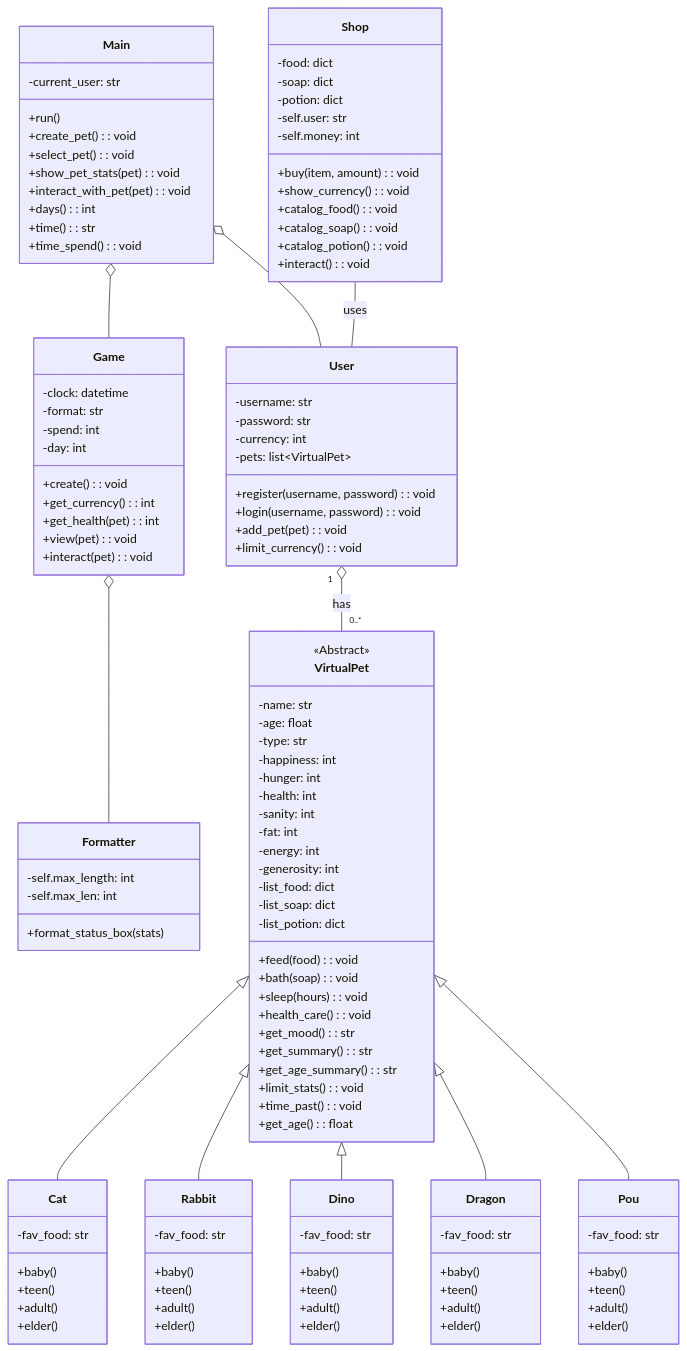
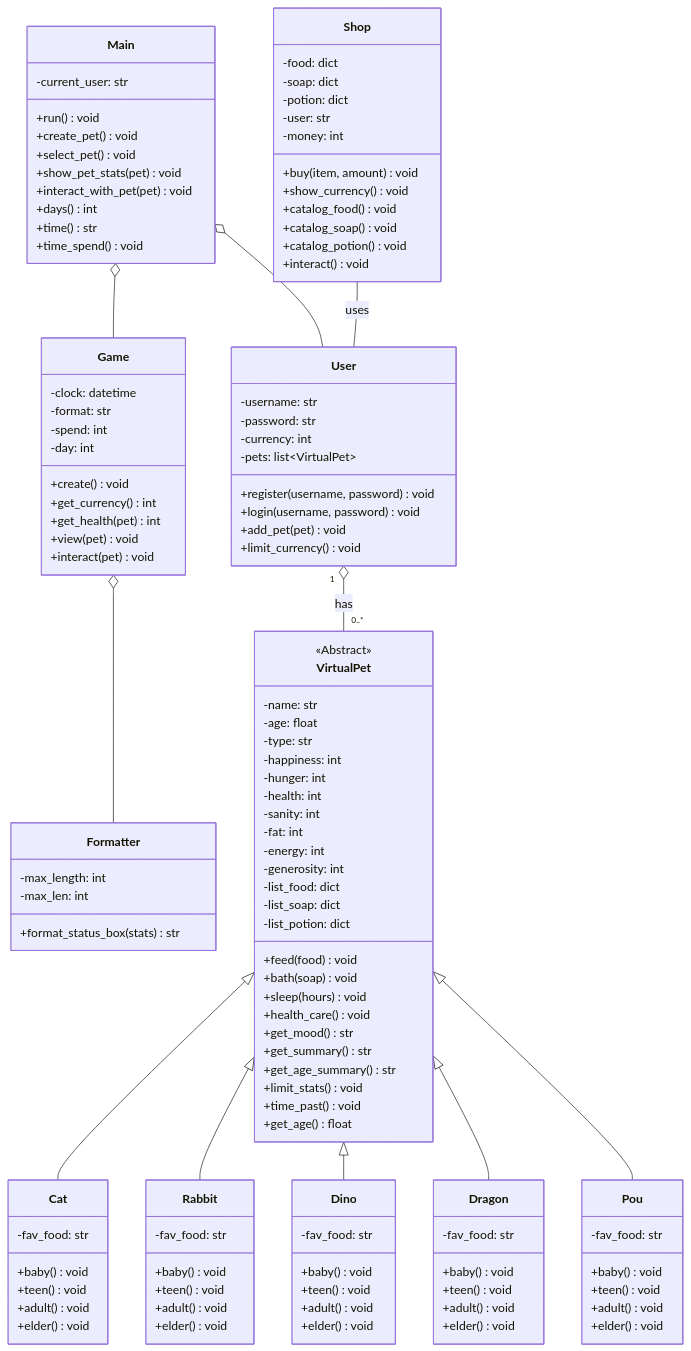
The diagram in README.md (Jess2Jes/Virtual-Pet-Game), drawn with Mermaid before and after one commit.

````diff
--- a/README.md
+++ b/README.md
@@ -84,54 +84,54 @@
 ```mermaid
 classDiagram
     class Main {
-        +run()
+        +run() void
         -current_user: str
-        +create_pet(): void
-        +select_pet(): void
-        +show_pet_stats(pet): void
-        +interact_with_pet(pet): void
-        +days(): int
-        +time(): str
-        +time_spend(): void
+        +create_pet() void
+        +select_pet() void
+        +show_pet_stats(pet) void
+        +interact_with_pet(pet) void
+        +days() int
+        +time() str
+        +time_spend() void
     }
     class User {
-        +register(username, password): void
-        +login(username, password): void
+        +register(username, password) void
+        +login(username, password) void
         -username: str
         -password: str
         -currency: int
         -pets: list~VirtualPet~
-        +add_pet(pet): void
-        +limit_currency(): void
+        +add_pet(pet) void
+        +limit_currency() void
     }
     class Game {
         -clock: datetime
         -format: str
         -spend: int
         -day: int
-        +create(): void
-        +get_currency(): int
-        +get_health(pet): int
-        +view(pet): void
-        +interact(pet): void
+        +create() void
+        +get_currency() int
+        +get_health(pet) int
+        +view(pet) void
+        +interact(pet) void
     }
     class Shop {
         -food: dict
         -soap: dict
         -potion: dict
-        -self.user: str
-        -self.money: int
-        +buy(item, amount): void
-        +show_currency(): void
-        +catalog_food(): void
-        +catalog_soap(): void
-        +catalog_potion(): void
-        +interact(): void
+        -user: str
+        -money: int
+        +buy(item, amount) void
+        +show_currency() void
+        +catalog_food() void
+        +catalog_soap() void
+        +catalog_potion() void
+        +interact() void
     }
     class Formatter {
-        -self.max_length: int
-        -self.max_len: int
-        +format_status_box(stats)
+        -max_length: int
+        -max_len: int
+        +format_status_box(stats) str
     }
     class VirtualPet {
         <<Abstract>>
@@ -148,51 +148,51 @@
         -list_food: dict
         -list_soap: dict
         -list_potion: dict
-        +feed(food): void
-        +bath(soap): void
-        +sleep(hours): void
-        +health_care(): void
-        +get_mood(): str
-        +get_summary(): str
-        +get_age_summary(): str
-        +limit_stats(): void
-        +time_past(): void
-        +get_age(): float
+        +feed(food) void
+        +bath(soap) void
+        +sleep(hours) void
+        +health_care() void
+        +get_mood() str
+        +get_summary() str
+        +get_age_summary() str
+        +limit_stats() void
+        +time_past() void
+        +get_age() float
     }
     class Cat {
         -fav_food: str
-        +baby()
-        +teen()
-        +adult()
-        +elder()
+        +baby() void
+        +teen() void
+        +adult() void
+        +elder() void
     }
     class Rabbit {
         -fav_food: str
-        +baby()
-        +teen()
-        +adult()
-        +elder()
+        +baby() void
+        +teen() void
+        +adult() void
+        +elder() void
     }
     class Dino {
         -fav_food: str
-        +baby()
-        +teen()
-        +adult()
-        +elder()
+        +baby() void
+        +teen() void
+        +adult() void
+        +elder() void
     }
     class Dragon {
         -fav_food: str
-        +baby()
-        +teen()
-        +adult()
-        +elder()
+        +baby() void
+        +teen() void
+        +adult() void
+        +elder() void
     }
     class Pou {
         -fav_food: str
-        +baby()
-        +teen()
-        +adult()
-        +elder()
+        +baby() void
+        +teen() void
+        +adult() void
+        +elder() void
     }
 
     Main o-- Game
````
